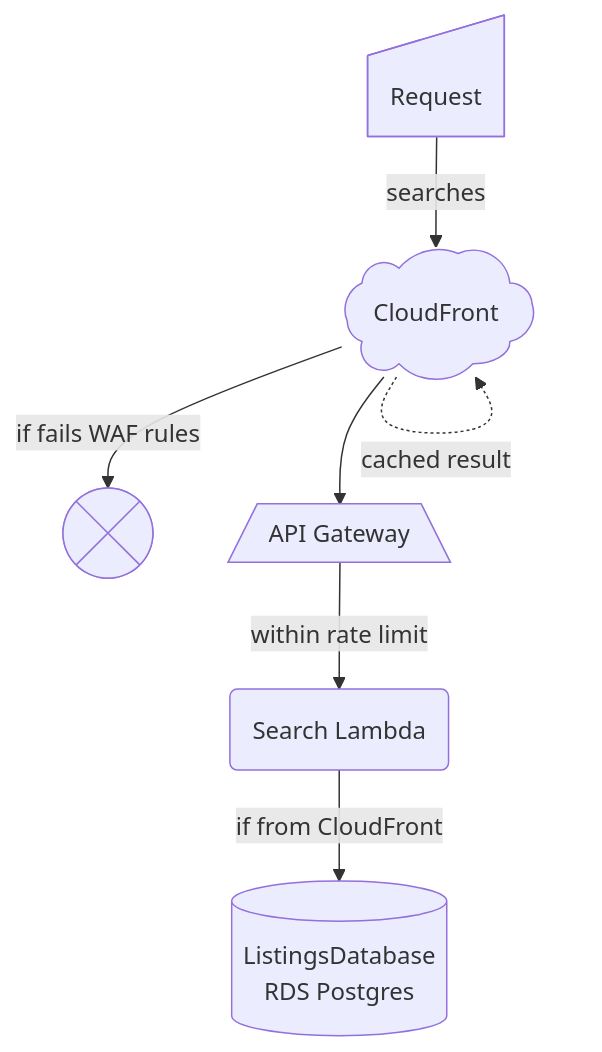
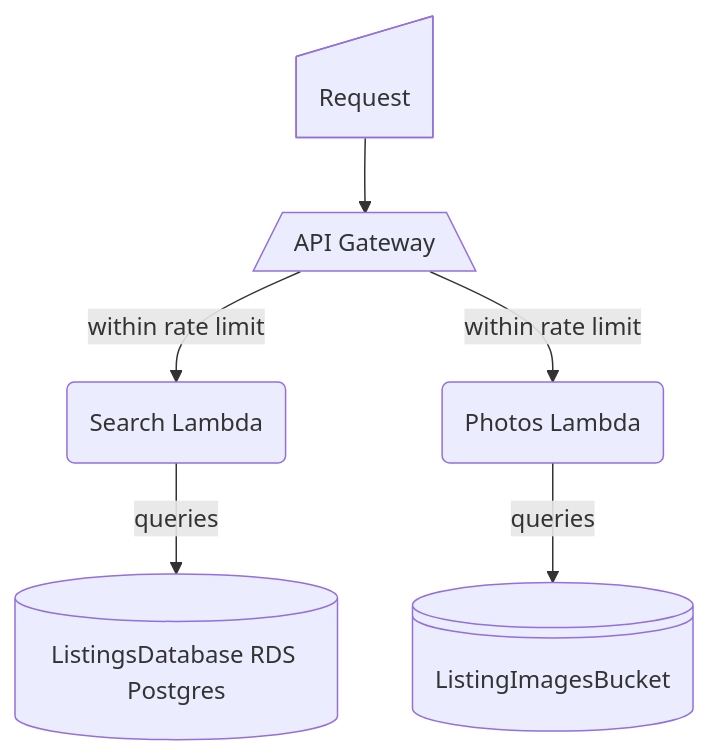
The second of 2 diagrams in README.md (newjersey/tenant-access), drawn with Mermaid before and after one commit. The commit also changed other lines of this file, not shown here.

````diff
--- a/README.md
+++ b/README.md
@@ -177,17 +163,15 @@
 ```mermaid
 flowchart TD
   A@{ shape: sl-rect, label: "Request" }
-  B@{ shape: cloud, label: "CloudFront" }
-  C@{ shape: cross-circ }
-  D@{ shape: trapezoid, label: "API Gateway"}
-  F@{ shape: rounded, label: "Search Lambda"}
-  G@{ shape: cyl, label: "ListingsDatabase
-  RDS Postgres" }
+  B@{ shape: trapezoid, label: "API Gateway"}
+  C@{ shape: rounded, label: "Search Lambda"}
+  D@{ shape: cyl, label: "ListingsDatabase RDS Postgres" }
+  E@{ shape: rounded, label: "Photos Lambda"}
+  F@{ shape: lin-cyl, label: "ListingImagesBucket" }
 
-  A --> |searches| B
-  B --> |if fails WAF rules| C
-  B --> D
-  B -.-> |cached result| B
-  D --> |within rate limit| F
-  F --> |if from CloudFront| G
+  A --> B
+  B --> |within rate limit| C
+  C --> |queries| D
+  B --> |within rate limit| E
+  E --> |queries| F
 ```
````
